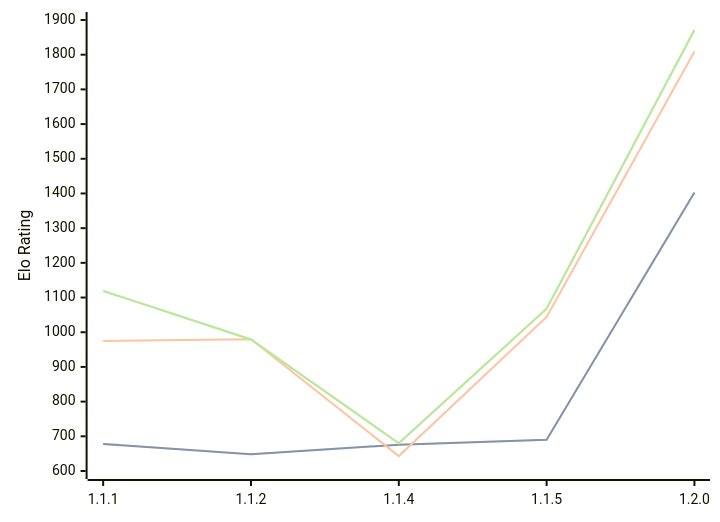
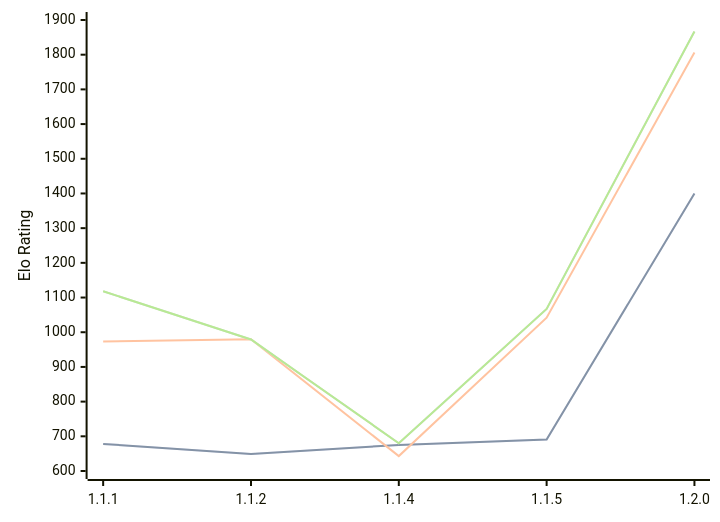
One commit to computer-chess-index/cci changed the third of 3 diagrams in engines/ChessCore.md. Above: the diagram before and after it, drawn with Mermaid. The commit also changed other lines of this file, not shown here.

Commit message:
Update CCI Ratings (ELO VLTC) - 2026-07-16

````diff
--- a/engines/ChessCore.md
+++ b/engines/ChessCore.md
@@ -69,11 +69,11 @@
 ```mermaid
 %%{init: {"theme":"base","themeVariables":{"seriesColors:['#a3a3a3','#222221','#faa371']}}}%%
 xychart-beta
   x-axis ["1.1.1", "1.1.2", "1.1.4", "1.1.5", "1.2.0"]
   y-axis "Elo Rating" 600 --> 1900
-  line "STC (8.0+0.08s)" [678, 648, 676, 690, 1403]
-  line "STC (8.0+0.08s)" [678, 648, 676, 690, 1403]
-  line "LTC (60.0+0.60s)" [975, 980, 643, 1044, 1809]
-  line "VLTC (2m24s+1.12s)" [1119, 979, 680, 1068, 1871]
-  line "VLTC (2m24s+1.12s)" [1119, 979, 680, 1068, 1871]
+  line "STC (8.0+0.08s)" [678, 649, 675, 691, 1400]
+  line "STC (8.0+0.08s)" [678, 649, 675, 691, 1400]
+  line "LTC (60.0+0.60s)" [973, 980, 643, 1042, 1806]
+  line "VLTC (2m24s+1.12s)" [1118, 979, 680, 1067, 1867]
+  line "VLTC (2m24s+1.12s)" [1118, 979, 680, 1067, 1867]
 ```
````
